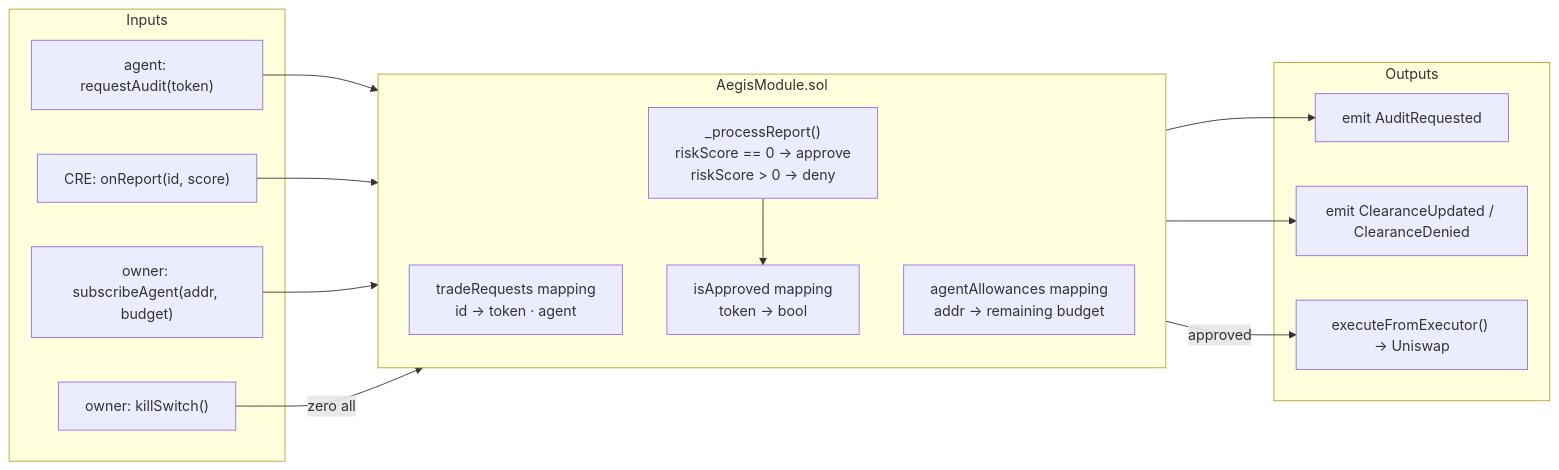
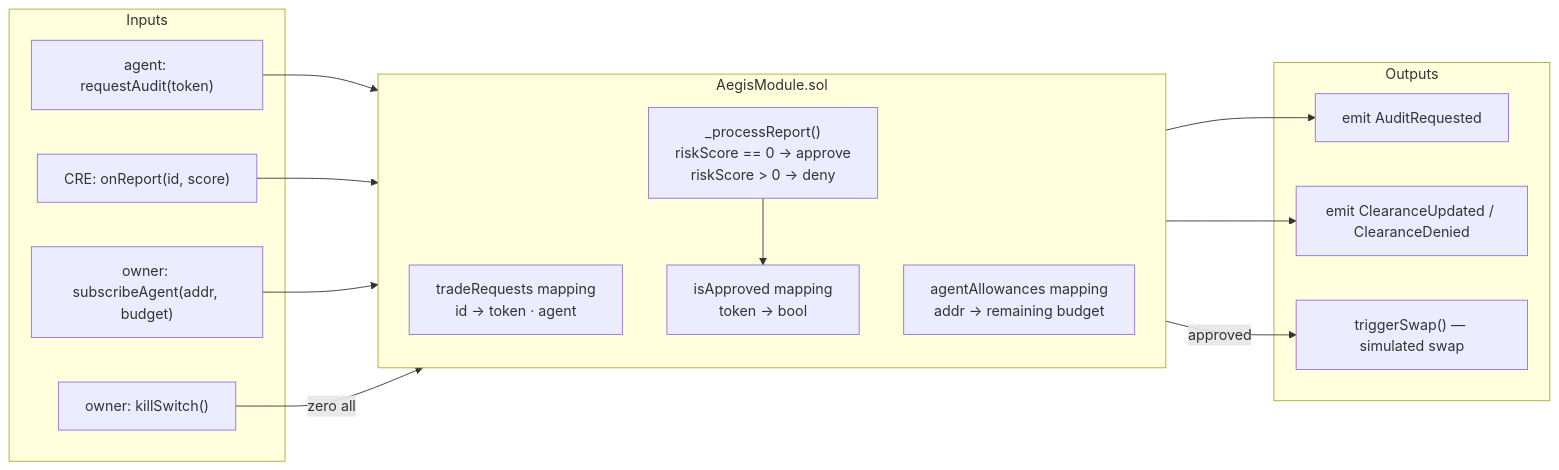
The second of 12 diagrams in docs/ARCHITECTURE.md (vjb/aegis-v4), drawn with Mermaid before and after one commit. The commit also changed other lines of this file, not shown here.

Commit message:
fix: remove false Uniswap V3 claims from architecture docs

````diff
--- a/docs/ARCHITECTURE.md
+++ b/docs/ARCHITECTURE.md
@@ -30,29 +30,29 @@
 ```mermaid
 graph LR
     subgraph Inputs
         A["agent: requestAudit(token)"]
         B["CRE: onReport(id, score)"]
         C["owner: subscribeAgent(addr, budget)"]
         D["owner: killSwitch()"]
     end
 
     subgraph AegisModule.sol
         direction TB
         TR["tradeRequests mapping\nid → token · agent"]
         AA["agentAllowances mapping\naddr → remaining budget"]
         IA["isApproved mapping\ntoken → bool"]
         PP["_processReport()\nriskScore == 0 → approve\nriskScore > 0 → deny"]
     end
 
     subgraph Outputs
         E["emit AuditRequested"]
         F["emit ClearanceUpdated / ClearanceDenied"]
-        G["executeFromExecutor() → Uniswap"]
+        G["triggerSwap() — simulated swap"]
     end
 
     A --> TR --> E
     B --> PP --> IA --> F
     IA -->|"approved"| G
     C --> AA
     D -->|"zero all"| AA
 ```
````
